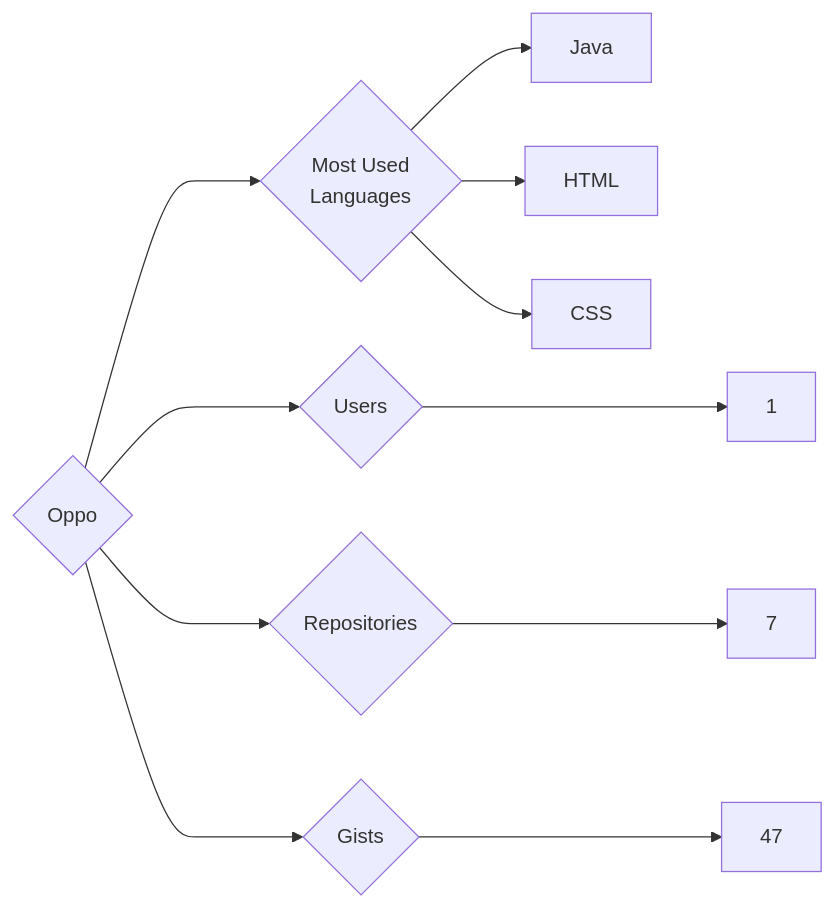
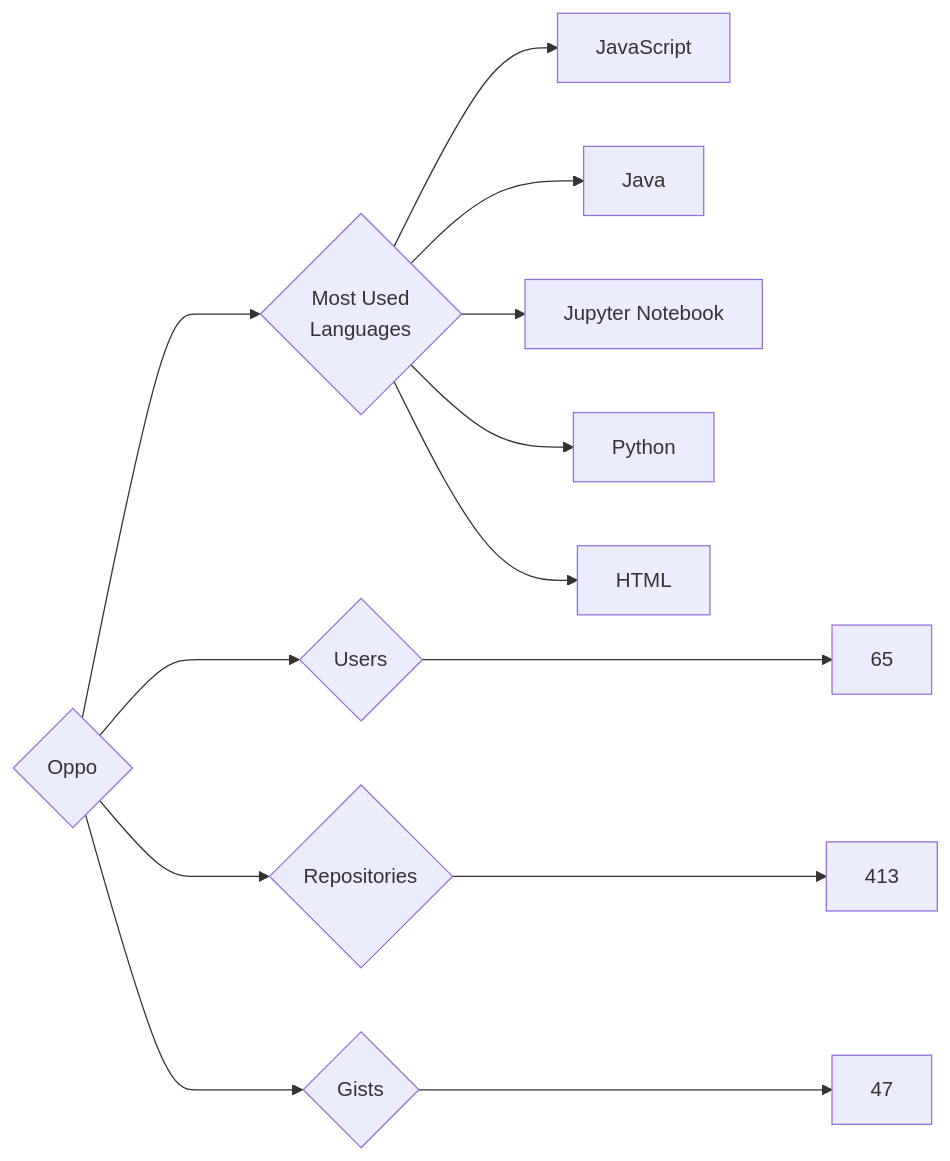
The diagram in targets/Oppo/README.md (trickest/insiders), drawn with Mermaid before and after one commit. The commit also changed 682 other files, not shown here.

````diff
--- a/targets/Oppo/README.md
+++ b/targets/Oppo/README.md
@@ -3,11 +3,13 @@
 ```mermaid
 graph LR
 COMPANY_NAME{Oppo}
-COMPANY_NAME ---> U{Users} ---> UN[1]
-COMPANY_NAME ---> R{Repositories} ---> RN[7]
+COMPANY_NAME ---> U{Users} ---> UN[65]
+COMPANY_NAME ---> R{Repositories} ---> RN[413]
 COMPANY_NAME ---> G{Gists} ---> GN[47]
 COMPANY_NAME ---> ML{Most Used<br>Languages}
+ML --> JavaScript[JavaScript]
 ML --> Java[Java]
+ML --> Jupyter_Notebook[Jupyter Notebook]
+ML --> Python[Python]
 ML --> HTML[HTML]
-ML --> CSS[CSS]
 ```
````
